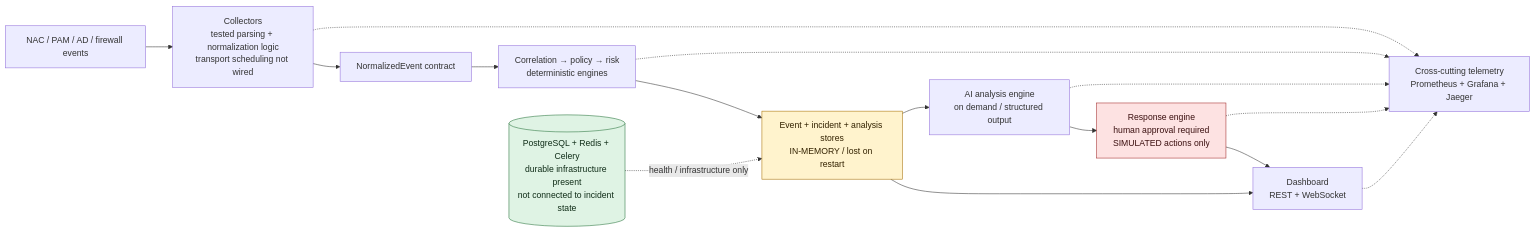
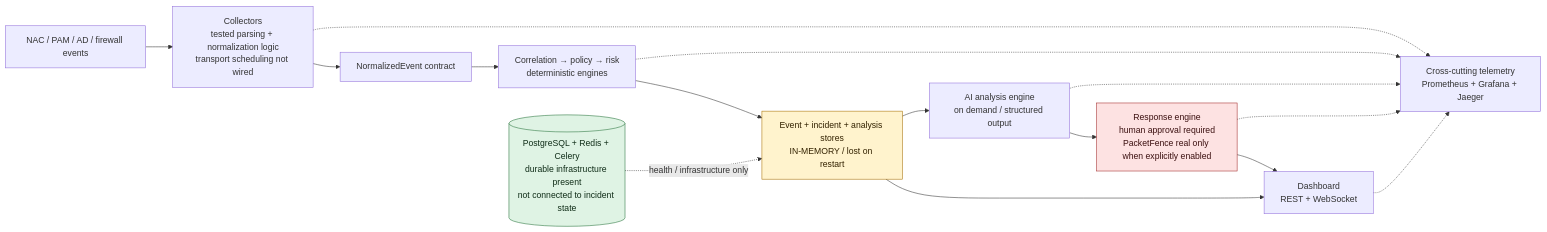
Before and after one commit to dnzgrkn/WardHound: the diagram in README.md, drawn with Mermaid. The commit also changed other lines of this file and 2 other files, not shown here.

Commit message:
docs: record real PacketFence integration boundary

````diff
--- a/README.md
+++ b/README.md
@@ -13,30 +13,30 @@
 ```mermaid
 flowchart LR
     Sources["NAC / PAM / AD / firewall events"]
     Collectors["Collectors<br/>tested parsing + normalization logic<br/>transport scheduling not wired"]
     Normalize["NormalizedEvent contract"]
     Engines["Correlation → policy → risk<br/>deterministic engines"]
     Store["Event + incident + analysis stores<br/>IN-MEMORY / lost on restart"]
     AI["AI analysis engine<br/>on demand / structured output"]
-    Response["Response engine<br/>human approval required<br/>SIMULATED actions only"]
+    Response["Response engine<br/>human approval required<br/>PacketFence real only when explicitly enabled"]
     Dashboard["Dashboard<br/>REST + WebSocket"]
     Infra[("PostgreSQL + Redis + Celery<br/>durable infrastructure present<br/>not connected to incident state")]
     Telemetry["Cross-cutting telemetry<br/>Prometheus + Grafana + Jaeger"]
 
     Sources --> Collectors --> Normalize --> Engines --> Store
     Store --> AI --> Response --> Dashboard
     Store --> Dashboard
     Infra -. "health / infrastructure only" .-> Store
     Collectors -.-> Telemetry
     Engines -.-> Telemetry
     AI -.-> Telemetry
     Response -.-> Telemetry
     Dashboard -.-> Telemetry
 
     classDef memory fill:#fff3cd,stroke:#a66f00,color:#332200;
     classDef simulated fill:#fde2e2,stroke:#a12828,color:#3b1010;
     classDef durable fill:#dff3e4,stroke:#26733a,color:#102d18;
     class Store memory;
     class Response simulated;
     class Infra durable;
 ```
````
